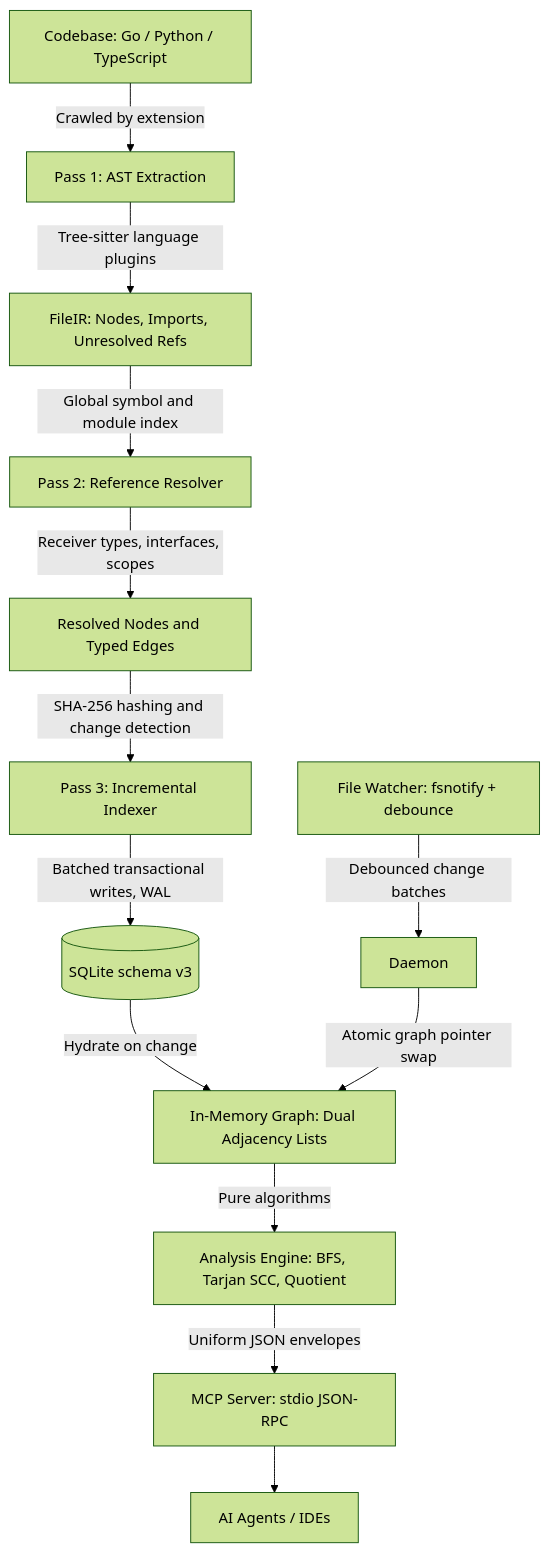
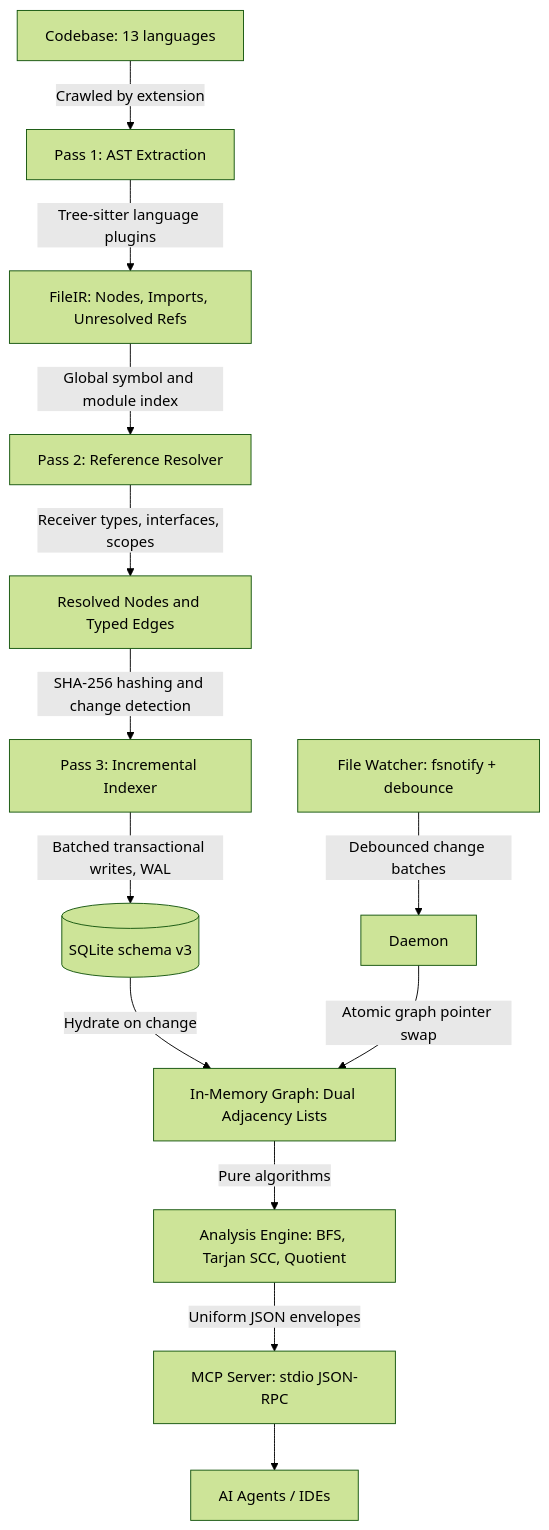
One commit to vedansh-5/graphContext changed the diagram in README.md. Above: the diagram before and after it, drawn with Mermaid (forest theme). The commit also changed other lines of this file and 4 other files, not shown here.

````diff
--- a/README.md
+++ b/README.md
@@ -113,15 +113,15 @@
 ```mermaid
 graph TD
-    A[Codebase: Go / Python / TypeScript] -->|Crawled by extension| B[Pass 1: AST Extraction]
+    A[Codebase: 13 languages] -->|Crawled by extension| B[Pass 1: AST Extraction]
     B -->|Tree-sitter language plugins| C[FileIR: Nodes, Imports, Unresolved Refs]
     C -->|Global symbol and module index| D[Pass 2: Reference Resolver]
     D -->|Receiver types, interfaces, scopes| E[Resolved Nodes and Typed Edges]
     E -->|SHA-256 hashing and change detection| F[Pass 3: Incremental Indexer]
     F -->|Batched transactional writes, WAL| G[(SQLite schema v3)]
     G -->|Hydrate on change| H[In-Memory Graph: Dual Adjacency Lists]
     H -->|Pure algorithms| I[Analysis Engine: BFS, Tarjan SCC, Quotient]
     I -->|Uniform JSON envelopes| J[MCP Server: stdio JSON-RPC]
     J --> K[AI Agents / IDEs]
     L[File Watcher: fsnotify + debounce] -->|Debounced change batches| M[Daemon]
     M -->|Atomic graph pointer swap| H
 ```
````
